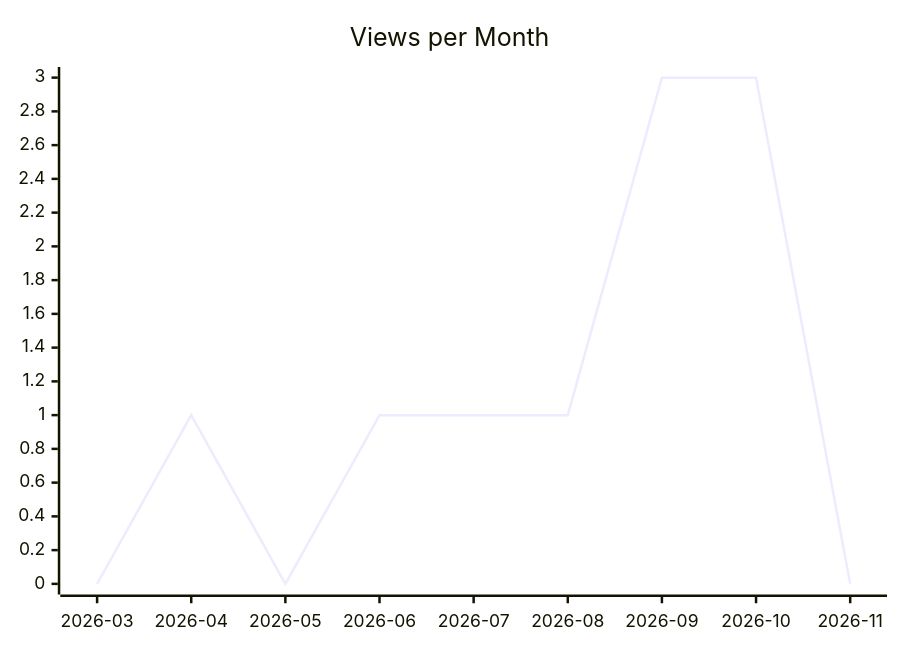
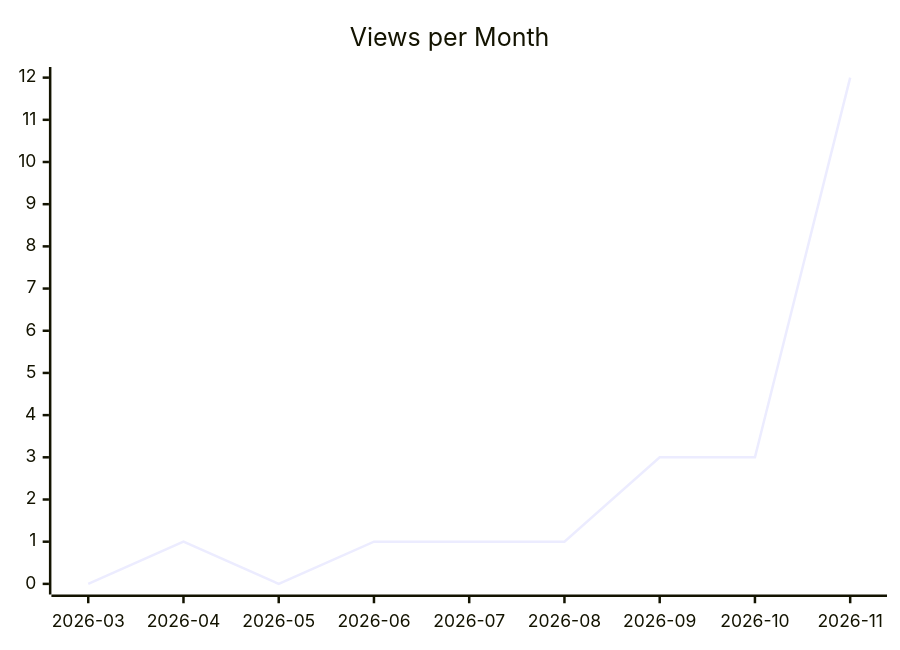
Before and after one commit to justdavis-family/github-analytics-data: the second of 3 diagrams in karlmdavis/ansible-role-rcm-dotfiles/README.md, drawn with Mermaid. The commit also changed other lines of this file and 188 other files, not shown here.

````diff
--- a/karlmdavis/ansible-role-rcm-dotfiles/README.md
+++ b/karlmdavis/ansible-role-rcm-dotfiles/README.md
@@ -12,6 +12,6 @@
 ```mermaid
 xychart-beta
   title "Views per Month"
   x-axis ["2026-03", "2026-04", "2026-05", "2026-06", "2026-07", "2026-08", "2026-09", "2026-10", "2026-11"]
-  line [0, 1, 0, 1, 1, 1, 3, 3, 0]
+  line [0, 1, 0, 1, 1, 1, 3, 3, 12]
 ```
````
